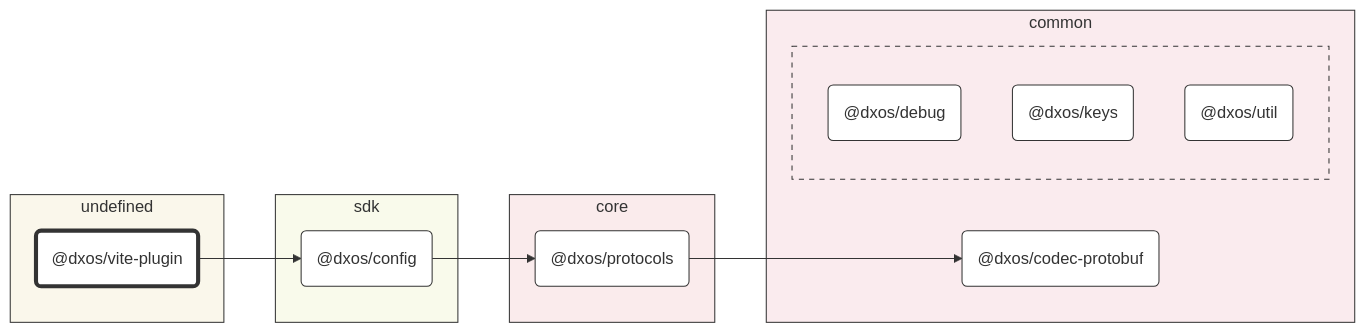
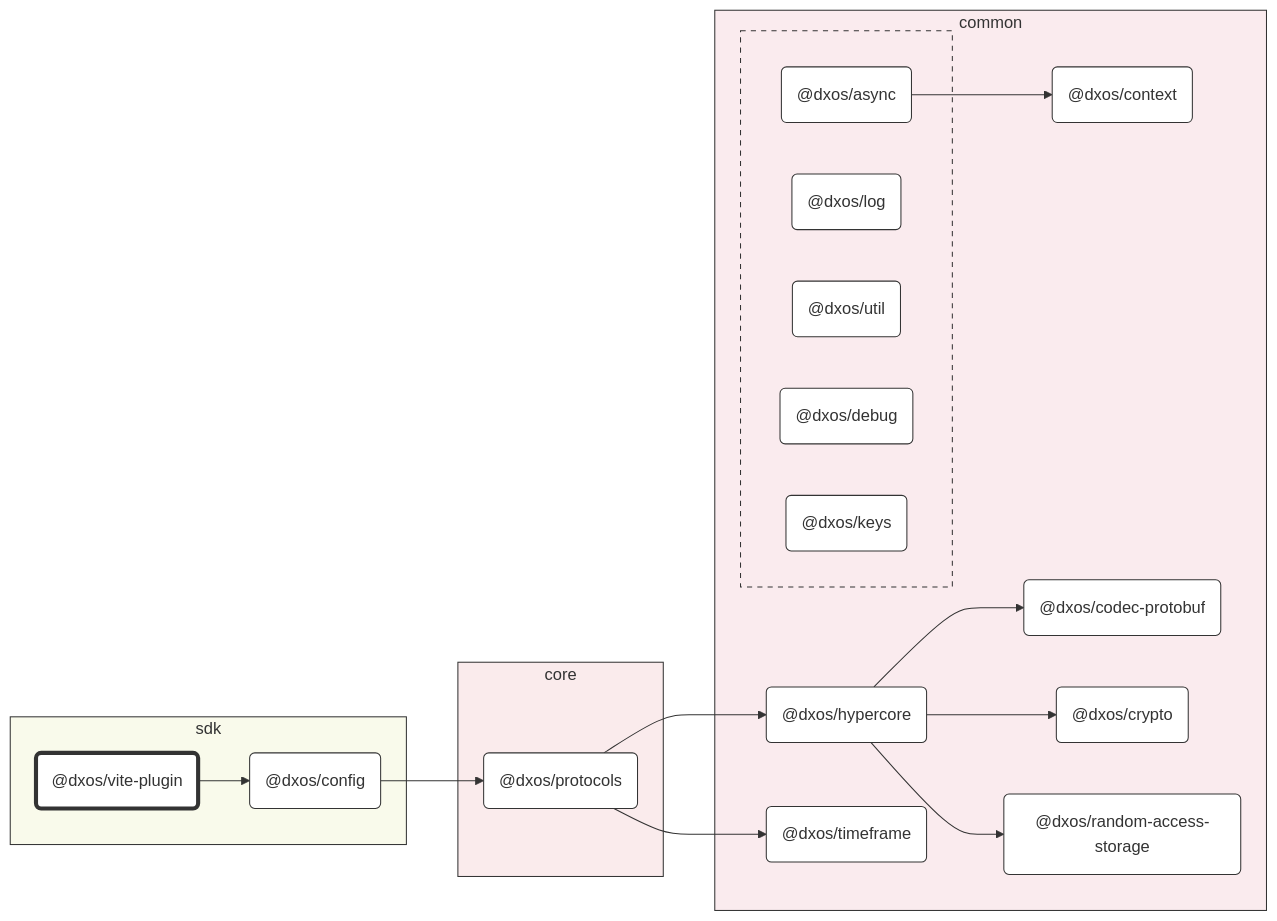
Before and after one commit to dxos/dxos: the diagram in packages/sdk/vite-plugin/docs/README.md, drawn with Mermaid. The commit also changed other lines of this file and 95 other files, not shown here.

Commit message:
Class diagrams.

````diff
--- a/packages/sdk/vite-plugin/docs/README.md
+++ b/packages/sdk/vite-plugin/docs/README.md
@@ -7,51 +7,66 @@
 ```mermaid
 %%{ init: {'flowchart':{'curve':'basis'}} }%%
 
 flowchart LR
 
 %% Classes
 classDef def fill:#fff,stroke:#333,stroke-width:1px
 classDef root fill:#fff,stroke:#333,stroke-width:4px
 
 %% Nodes
 
-subgraph undefined [undefined]
-  style undefined fill:#faf7eb,stroke:#333
-  dxos/vite-plugin("@dxos/vite-plugin"):::root
-  click dxos/vite-plugin "dxos/dxos/tree/main/tools/vite-plugin/docs"
-end
-
 subgraph sdk [sdk]
   style sdk fill:#f9faeb,stroke:#333
+  dxos/vite-plugin("@dxos/vite-plugin"):::root
+  click dxos/vite-plugin "dxos/dxos/tree/main/packages/sdk/vite-plugin/docs"
   dxos/config("@dxos/config"):::def
   click dxos/config "dxos/dxos/tree/main/packages/sdk/config/docs"
 end
 
 subgraph common [common]
   style common fill:#faebee,stroke:#333
   dxos/codec-protobuf("@dxos/codec-protobuf"):::def
   click dxos/codec-protobuf "dxos/dxos/tree/main/packages/common/codec-protobuf/docs"
+  dxos/context("@dxos/context"):::def
+  click dxos/context "dxos/dxos/tree/main/packages/common/context/docs"
+  dxos/hypercore("@dxos/hypercore"):::def
+  click dxos/hypercore "dxos/dxos/tree/main/packages/common/hypercore/docs"
+  dxos/crypto("@dxos/crypto"):::def
+  click dxos/crypto "dxos/dxos/tree/main/packages/common/crypto/docs"
+  dxos/random-access-storage("@dxos/random-access-storage"):::def
+  click dxos/random-access-storage "dxos/dxos/tree/main/packages/common/random-access-storage/docs"
+  dxos/timeframe("@dxos/timeframe"):::def
+  click dxos/timeframe "dxos/dxos/tree/main/packages/common/timeframe/docs"
 
   subgraph _ [ ]
     style _ fill:#faebee,stroke:#333,stroke-dasharray:5 5
+    dxos/async("@dxos/async"):::def
+    click dxos/async "dxos/dxos/tree/main/packages/common/async/docs"
+    dxos/log("@dxos/log"):::def
+    click dxos/log "dxos/dxos/tree/main/packages/common/log/docs"
+    dxos/util("@dxos/util"):::def
+    click dxos/util "dxos/dxos/tree/main/packages/common/util/docs"
     dxos/debug("@dxos/debug"):::def
     click dxos/debug "dxos/dxos/tree/main/packages/common/debug/docs"
     dxos/keys("@dxos/keys"):::def
     click dxos/keys "dxos/dxos/tree/main/packages/common/keys/docs"
-    dxos/util("@dxos/util"):::def
-    click dxos/util "dxos/dxos/tree/main/packages/common/util/docs"
   end
 end
 
 subgraph core [core]
   style core fill:#faebec,stroke:#333
   dxos/protocols("@dxos/protocols"):::def
   click dxos/protocols "dxos/dxos/tree/main/packages/core/protocols/docs"
 end
 
 %% Links
 linkStyle default stroke:#333,stroke-width:1px
 dxos/vite-plugin --> dxos/config
+dxos/async --> dxos/context
 dxos/config --> dxos/protocols
-dxos/protocols --> dxos/codec-protobuf
+dxos/protocols --> dxos/hypercore
+dxos/hypercore --> dxos/codec-protobuf
+dxos/hypercore --> dxos/crypto
+dxos/hypercore --> dxos/random-access-storage
+dxos/protocols --> dxos/timeframe
 ```
````
